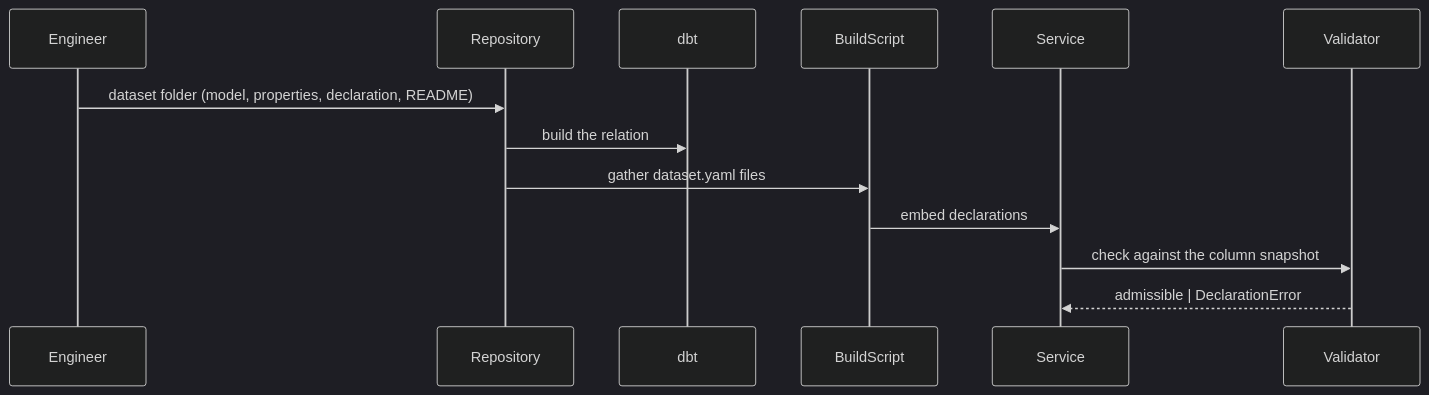
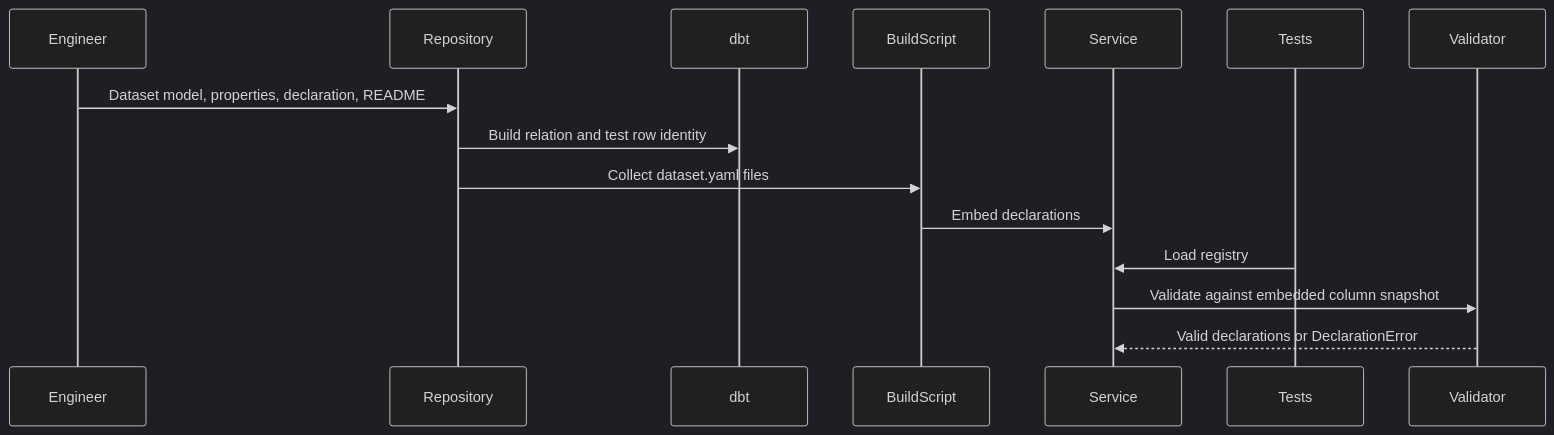
One commit to constructorfabric/cyber-insight changed the first of 2 diagrams in docs/domain/datasets/DESIGN.md. Above: the diagram before and after it, drawn with Mermaid (dark theme). The commit also changed other lines of this file and 1 other file, not shown here.

````diff
--- a/docs/domain/datasets/DESIGN.md
+++ b/docs/domain/datasets/DESIGN.md
@@ -422,9 +433,10 @@
 ```mermaid
 sequenceDiagram
-    Engineer ->> Repository: dataset folder (model, properties, declaration, README)
-    Repository ->> dbt: build the relation
-    Repository ->> BuildScript: gather dataset.yaml files
-    BuildScript ->> Service: embed declarations
-    Service ->> Validator: check against the column snapshot
-    Validator -->> Service: admissible | DeclarationError
+    Engineer ->> Repository: Dataset model, properties, declaration, README
+    Repository ->> dbt: Build relation and test row identity
+    Repository ->> BuildScript: Collect dataset.yaml files
+    BuildScript ->> Service: Embed declarations
+    Tests ->> Service: Load registry
+    Service ->> Validator: Validate against embedded column snapshot
+    Validator -->> Service: Valid declarations or DeclarationError
 ```
````
